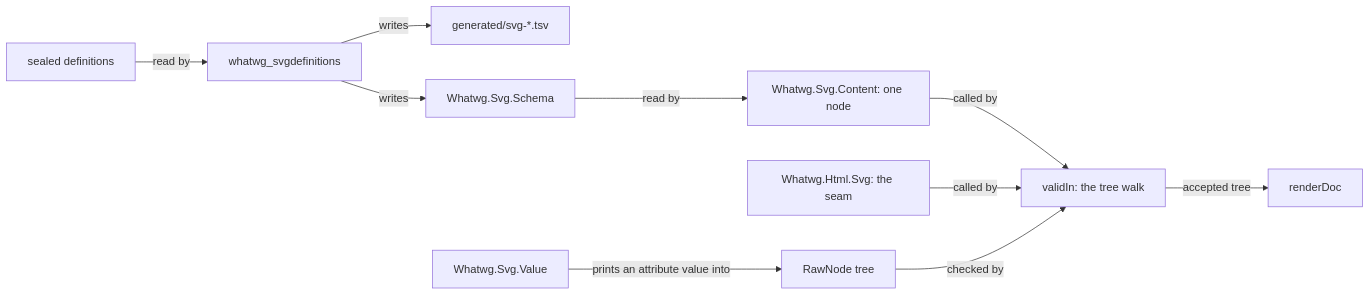
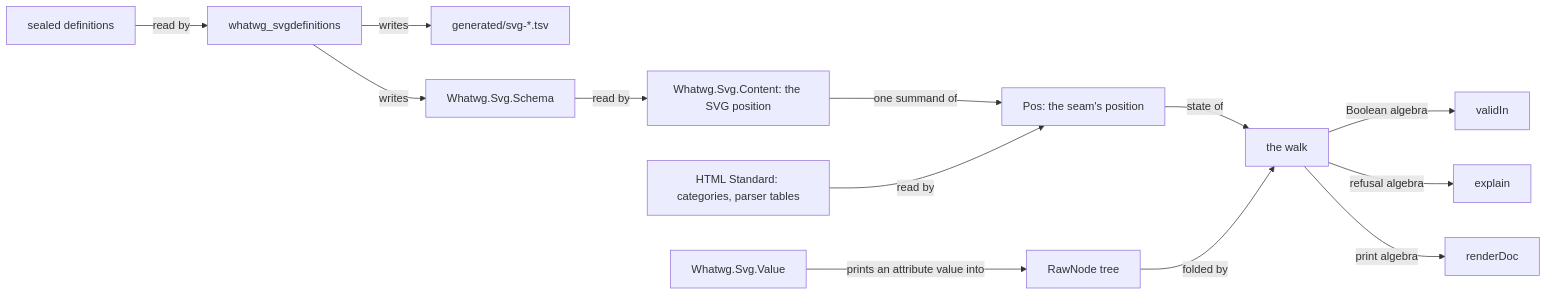
Before and after one commit to pure-algebra/lean4-whatwg: the diagram in docs/SVG-PACKAGE-PLAN.md, drawn with Mermaid. The commit also changed other lines of this file and 5 other files, not shown here.

````diff
--- a/docs/SVG-PACKAGE-PLAN.md
+++ b/docs/SVG-PACKAGE-PLAN.md
@@ -174,12 +179,15 @@
 ```mermaid
 flowchart LR
   V[sealed definitions] -->|read by| G[whatwg_svgdefinitions]
   G -->|writes| P[generated/svg-*.tsv]
   G -->|writes| S[Whatwg.Svg.Schema]
-  S -->|read by| A[Whatwg.Svg.Content: one node]
-  A -->|called by| C[validIn: the tree walk]
-  H[Whatwg.Html.Svg: the seam] -->|called by| C
-  T[RawNode tree] -->|checked by| C
-  C -->|accepted tree| R[renderDoc]
+  S -->|read by| A[Whatwg.Svg.Content: the SVG position]
+  A -->|one summand of| Q[Pos: the seam's position]
+  H[HTML Standard: categories, parser tables] -->|read by| Q
+  Q -->|state of| W[the walk]
+  T[RawNode tree] -->|folded by| W
+  W -->|Boolean algebra| C[validIn]
+  W -->|refusal algebra| E[explain]
+  W -->|print algebra| R[renderDoc]
   X[Whatwg.Svg.Value] -->|prints an attribute value into| T
 ```
````
